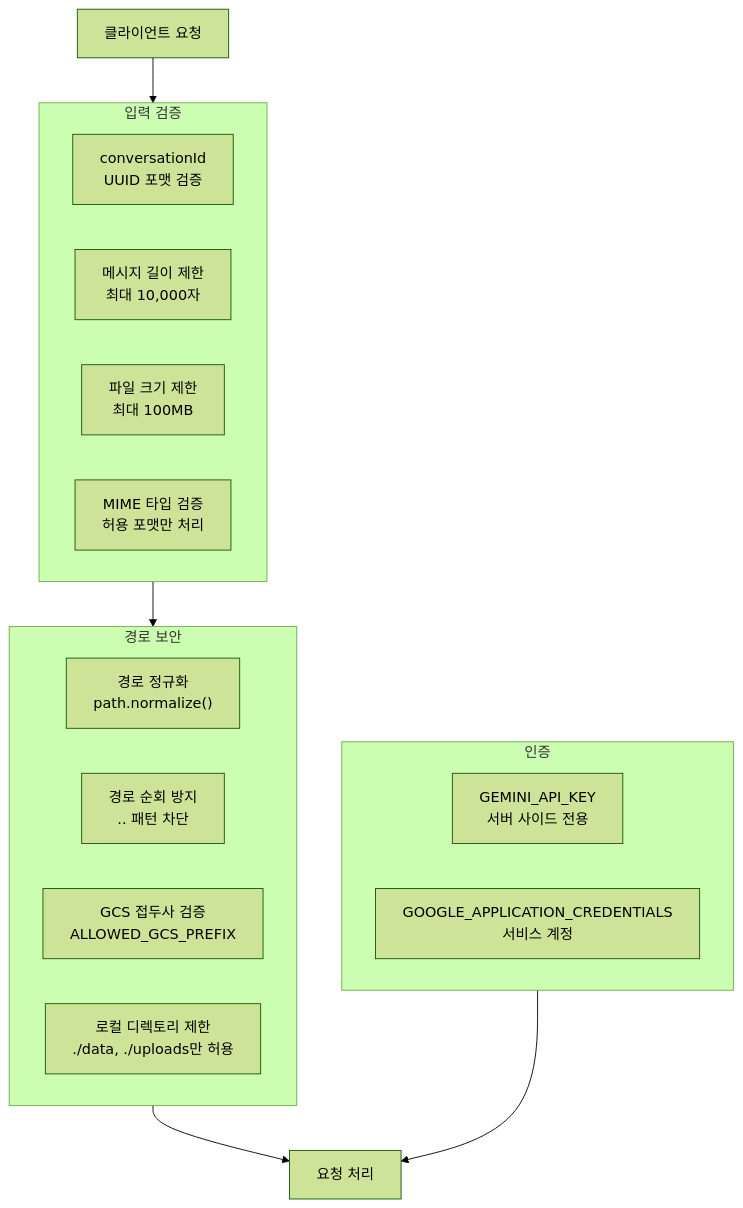
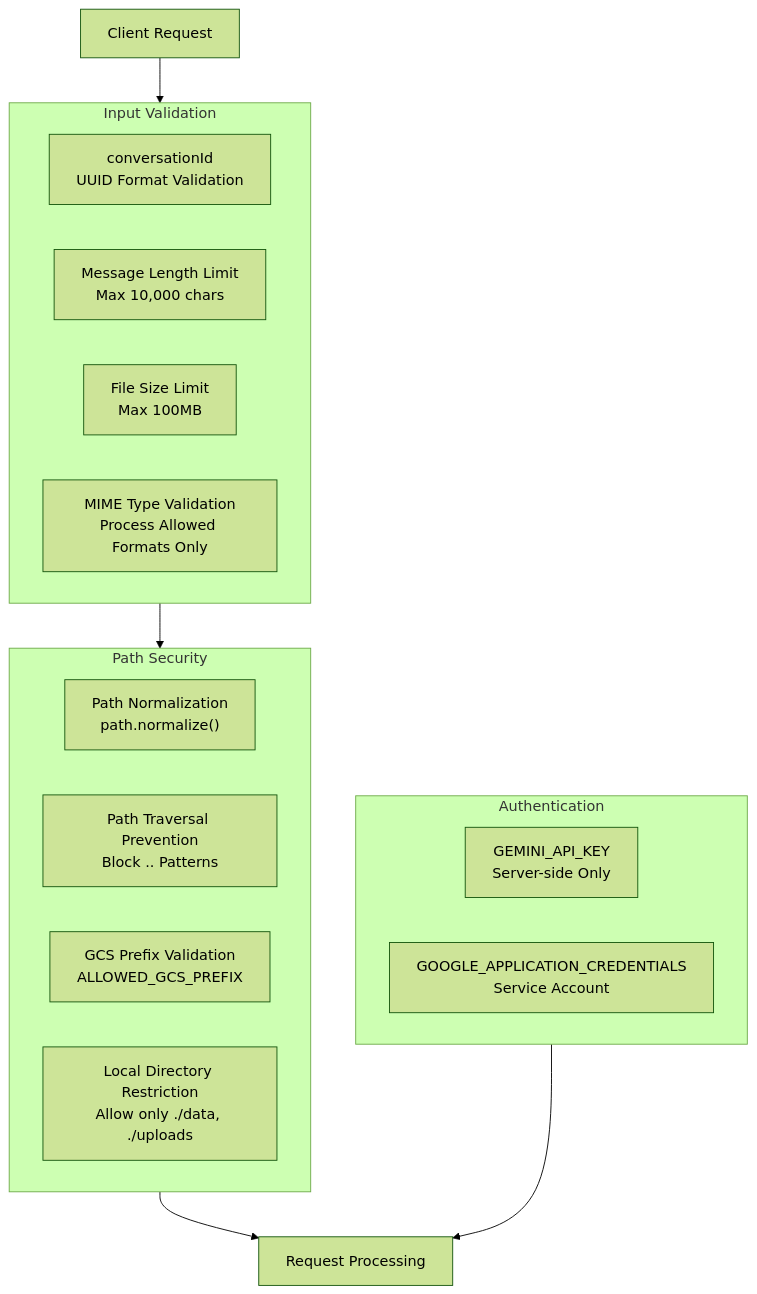
Diagram 12 of 12 in docs/ko/ARCHITECTURE.md (midasol/gemini-embedding-2), drawn with Mermaid (forest theme) before and after one commit. The commit also changed other lines of this file and 17 other files, not shown here.

````diff
--- a/docs/ko/ARCHITECTURE.md
+++ b/docs/ko/ARCHITECTURE.md
@@ -517,26 +517,26 @@
 ```mermaid
 graph TD
-    subgraph Input["입력 검증"]
-        UUID["conversationId<br/>UUID 포맷 검증"]
-        MsgLen["메시지 길이 제한<br/>최대 10,000자"]
-        FileSize["파일 크기 제한<br/>최대 100MB"]
-        MIMECheck["MIME 타입 검증<br/>허용 포맷만 처리"]
+    subgraph Input["Input Validation"]
+        UUID["conversationId<br/>UUID Format Validation"]
+        MsgLen["Message Length Limit<br/>Max 10,000 chars"]
+        FileSize["File Size Limit<br/>Max 100MB"]
+        MIMECheck["MIME Type Validation<br/>Process Allowed Formats Only"]
     end
 
-    subgraph PathSecurity["경로 보안"]
-        PathNorm["경로 정규화<br/>path.normalize()"]
-        PathTraversal["경로 순회 방지<br/>.. 패턴 차단"]
-        GCSPrefix["GCS 접두사 검증<br/>ALLOWED_GCS_PREFIX"]
-        LocalDir["로컬 디렉토리 제한<br/>./data, ./uploads만 허용"]
+    subgraph PathSecurity["Path Security"]
+        PathNorm["Path Normalization<br/>path.normalize()"]
+        PathTraversal["Path Traversal Prevention<br/>Block .. Patterns"]
+        GCSPrefix["GCS Prefix Validation<br/>ALLOWED_GCS_PREFIX"]
+        LocalDir["Local Directory Restriction<br/>Allow only ./data, ./uploads"]
     end
 
-    subgraph Auth["인증"]
-        GeminiKey["GEMINI_API_KEY<br/>서버 사이드 전용"]
-        GCSCredentials["GOOGLE_APPLICATION_CREDENTIALS<br/>서비스 계정"]
+    subgraph Auth["Authentication"]
+        GeminiKey["GEMINI_API_KEY<br/>Server-side Only"]
+        GCSCredentials["GOOGLE_APPLICATION_CREDENTIALS<br/>Service Account"]
     end
 
-    Request["클라이언트 요청"] --> Input
+    Request["Client Request"] --> Input
     Input --> PathSecurity
-    PathSecurity --> Processing["요청 처리"]
+    PathSecurity --> Processing["Request Processing"]
     Auth --> Processing
 ```
````
